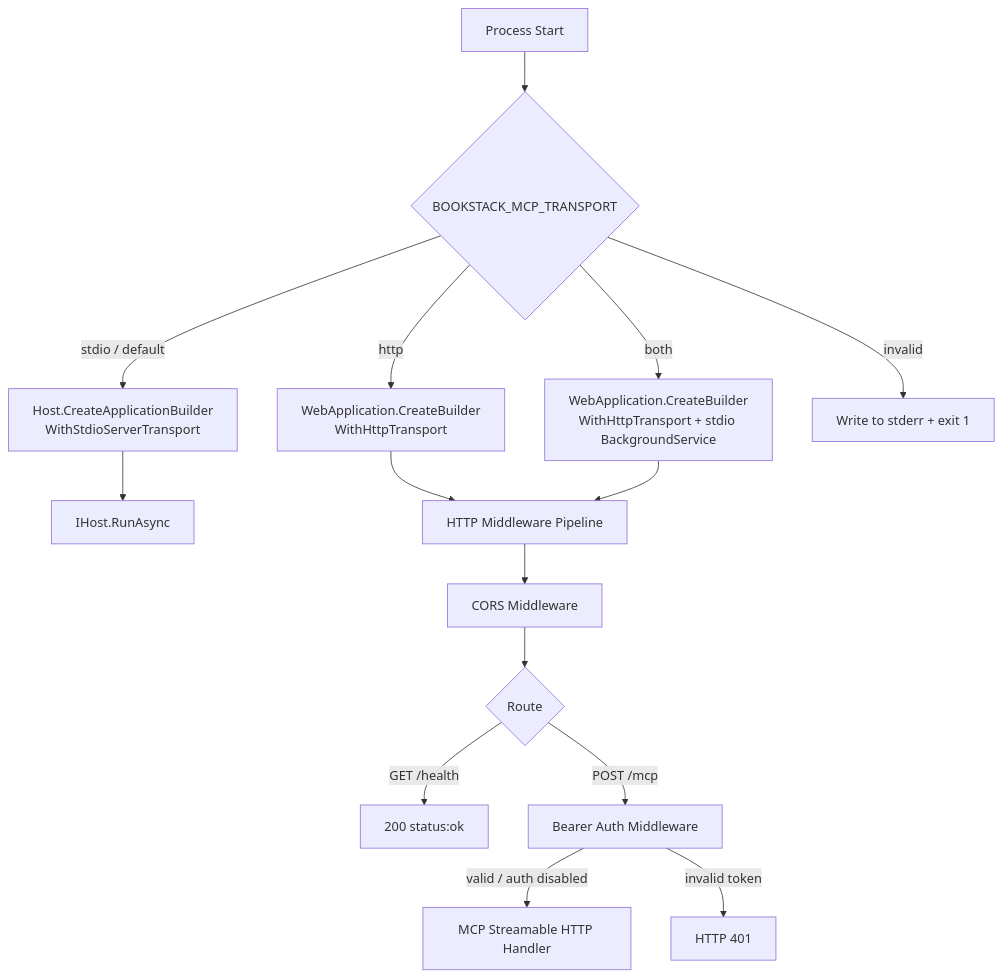
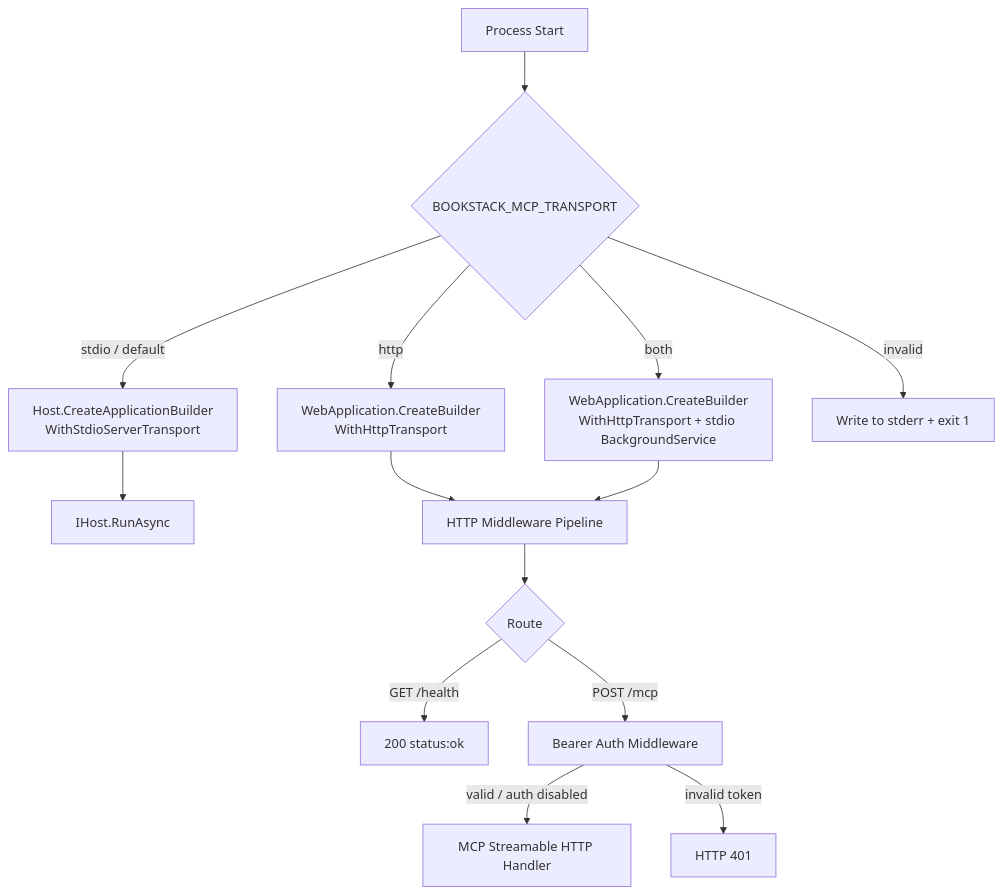
One commit to MarkZither/bookstack-mcp-server-dotnet changed the diagram in docs/features/streamable-http-transport/spec.md. Above: the diagram before and after it, drawn with Mermaid. The commit also changed other lines of this file and 1 other file, not shown here.

Commit message:
docs(#17): remove CORS from scope — no browser-based MCP clients exist

````diff
--- a/docs/features/streamable-http-transport/spec.md
+++ b/docs/features/streamable-http-transport/spec.md
@@ -111,17 +107,16 @@
 ```mermaid
 flowchart TD
     A[Process Start] --> B{BOOKSTACK_MCP_TRANSPORT}
     B -- stdio / default --> C[Host.CreateApplicationBuilder\nWithStdioServerTransport]
     B -- http --> D[WebApplication.CreateBuilder\nWithHttpTransport]
     B -- both --> E[WebApplication.CreateBuilder\nWithHttpTransport + stdio BackgroundService]
     B -- invalid --> F[Write to stderr + exit 1]
     C --> G[IHost.RunAsync]
     D --> H[HTTP Middleware Pipeline]
     E --> H
-    H --> I[CORS Middleware]
-    I --> J{Route}
+    H --> J{Route}
     J -- GET /health --> K[200 status:ok]
     J -- POST /mcp --> L[Bearer Auth Middleware]
     L -- valid / auth disabled --> M[MCP Streamable HTTP Handler]
     L -- invalid token --> N[HTTP 401]
 ```
````
